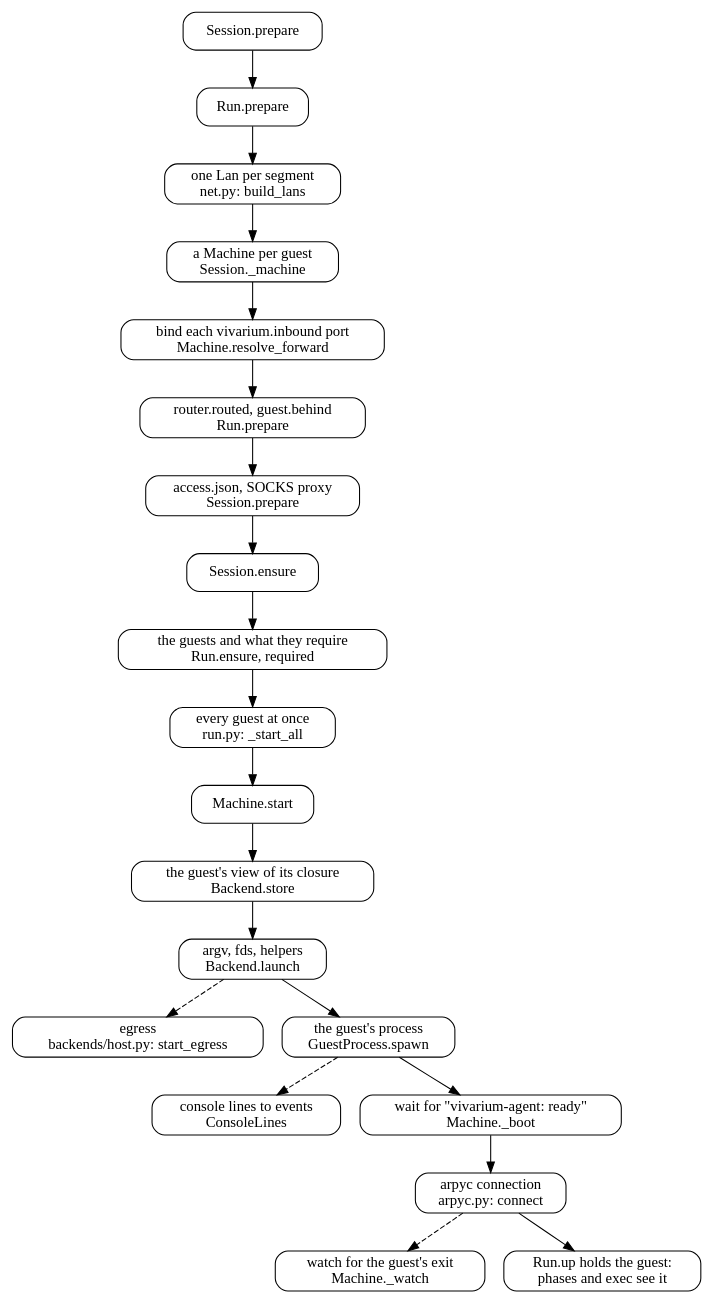
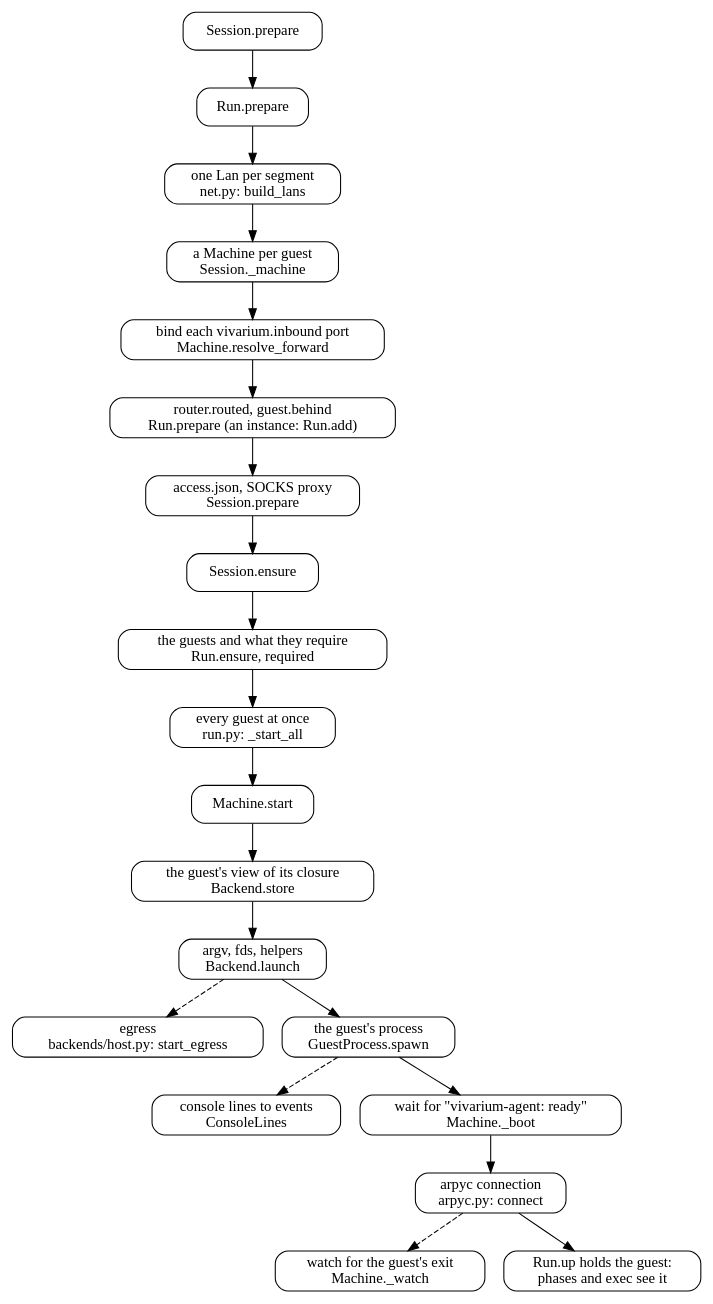
Before and after one commit to nixidae/nixidae: the diagram in vivarium/docs/architecture/boot.dot, drawn with Graphviz. The commit also changed 7 other files, not shown here.

First line of the commit message:
vivarium: a forward to an instance behind the router reaches its egress

```diff
--- a/vivarium/docs/architecture/boot.dot
+++ b/vivarium/docs/architecture/boot.dot
@@ -1,48 +1,48 @@
 // How the guests of a run are made and booted. Solid edges: "then".
 // Dashed edges: "starts beside it".
 digraph boot {
   rankdir = TB;
   node [shape = box, style = rounded];
 
   prepare  [label = "Session.prepare", file = "pkgs/vivarium/vivarium/session.py", symbol = "Session.prepare"];
   rprep    [label = "Run.prepare", file = "pkgs/vivarium-runner/vivarium_runner/run.py", symbol = "Run.prepare"];
   lans     [label = "one Lan per segment\nnet.py: build_lans", file = "pkgs/vivarium-runner/vivarium_runner/net.py", symbol = "build_lans"];
   machines [label = "a Machine per guest\nSession._machine", file = "pkgs/vivarium/vivarium/session.py", symbol = "Session._machine"];
   forwards [label = "bind each vivarium.inbound port\nMachine.resolve_forward", file = "pkgs/vivarium-runner/vivarium_runner/machine.py", symbol = "Machine.resolve_forward"];
-  routed   [label = "router.routed, guest.behind\nRun.prepare", file = "pkgs/vivarium-runner/vivarium_runner/run.py", symbol = "Run.prepare"];
+  routed   [label = "router.routed, guest.behind\nRun.prepare (an instance: Run.add)", file = "pkgs/vivarium-runner/vivarium_runner/run.py", symbol = "Run.add"];
   access   [label = "access.json, SOCKS proxy\nSession.prepare", file = "pkgs/vivarium/vivarium/session.py", symbol = "Session.prepare"];
 
   ensure   [label = "Session.ensure", file = "pkgs/vivarium/vivarium/session.py", symbol = "Session.ensure"];
   rensure  [label = "the guests and what they require\nRun.ensure, required", file = "pkgs/vivarium-runner/vivarium_runner/run.py", symbol = "required"];
   startall [label = "every guest at once\nrun.py: _start_all", file = "pkgs/vivarium-runner/vivarium_runner/run.py", symbol = "_start_all"];
   start    [label = "Machine.start", file = "pkgs/vivarium-runner/vivarium_runner/machine.py", symbol = "Machine.start"];
   store    [label = "the guest's view of its closure\nBackend.store", file = "pkgs/vivarium-runner/vivarium_runner/store.py", symbol = "Store"];
   launch   [label = "argv, fds, helpers\nBackend.launch", file = "pkgs/vivarium-runner/vivarium_runner/backends/base.py", symbol = "Backend.launch"];
   egress   [label = "egress\nbackends/host.py: start_egress", file = "pkgs/vivarium-runner/vivarium_runner/backends/host.py", symbol = "start_egress"];
   spawn    [label = "the guest's process\nGuestProcess.spawn", file = "pkgs/vivarium-runner/vivarium_runner/guestprocess.py", symbol = "GuestProcess.spawn"];
   console  [label = "console lines to events\nConsoleLines", file = "pkgs/vivarium-runner/vivarium_runner/consolelines.py", symbol = "ConsoleLines"];
   readyl   [label = "wait for \"vivarium-agent: ready\"\nMachine._boot", file = "pkgs/vivarium-runner/vivarium_runner/machine.py", symbol = "Machine._boot"];
   connect  [label = "arpyc connection\narpyc.py: connect", file = "pkgs/vivarium-agent/vivarium_agent/arpyc.py", symbol = "connect"];
   watch    [label = "watch for the guest's exit\nMachine._watch", file = "pkgs/vivarium-runner/vivarium_runner/machine.py", symbol = "Machine._watch"];
   up       [label = "Run.up holds the guest:\nphases and exec see it", file = "pkgs/vivarium-runner/vivarium_runner/run.py", symbol = "Run.ensure"];
 
   prepare -> rprep;
   rprep -> lans;
   lans -> machines;
   machines -> forwards;
   forwards -> routed;
   routed -> access;
   access -> ensure;
   ensure -> rensure;
   rensure -> startall;
   startall -> start;
   start -> store;
   store -> launch;
   launch -> egress [style = dashed];
   launch -> spawn;
   spawn -> console [style = dashed];
   spawn -> readyl;
   readyl -> connect;
   connect -> watch [style = dashed];
   connect -> up;
 }
```
